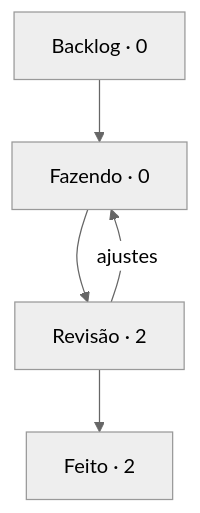
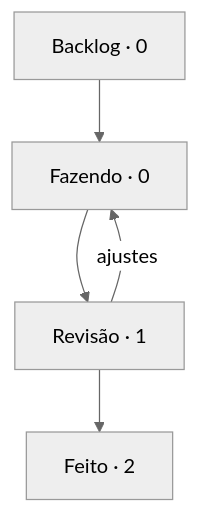
The diagram in boards/harness/BOARD.md (StudioVibi/VibiKanban), drawn with Mermaid (neutral theme) before and after one commit. The commit also changed other lines of this file and 2 other files, not shown here.

````diff
--- a/boards/harness/BOARD.md
+++ b/boards/harness/BOARD.md
@@ -5,10 +5,10 @@
 ```mermaid
 flowchart TD
   backlog["Backlog · 0"] --> doing["Fazendo · 0"]
-  doing --> review["Revisão · 2"]
+  doing --> review["Revisão · 1"]
   review --> done["Feito · 2"]
   review -->|ajustes| doing
   doing:::blue
   review:::yellow
   done:::green
 ```
````
